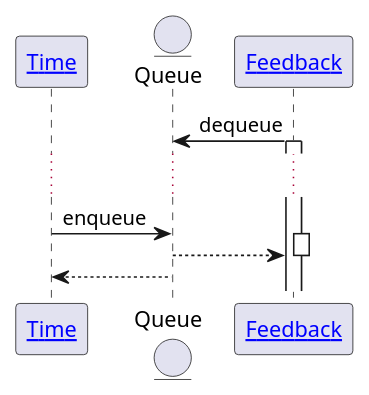
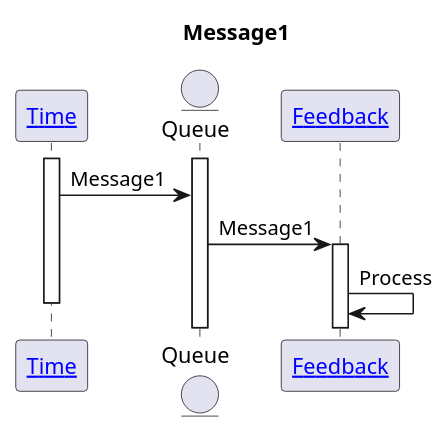
Before and after one commit to aleksandr-bit1/test: the diagram in dochub/workspace/messages/message1.puml, drawn with PlantUML. The commit also changed 1 other file, not shown here.

```diff
--- a/dochub/workspace/messages/message1.puml
+++ b/dochub/workspace/messages/message1.puml
@@ -1,14 +1,14 @@
+@startuml
+title Message1
 participant "[[/architect/components/aeroclub.time Time]]" as Time
 entity Queue
 participant "[[/architect/components/aeroclub.feedback Feedback]]" as Feedback
 
+activate Time
+activate Queue
+Time -> Queue : Message1
+Queue -> Feedback ++ : Message1
+Feedback -> Feedback : Process
 
-Feedback -> Queue : dequeue
-activate Feedback
-...
-Time -> Queue : enqueue
-activate Feedback
-Queue --> Feedback
-deactivate Feedback
-Queue --> Time
 deactivate Time
+@enduml
```
